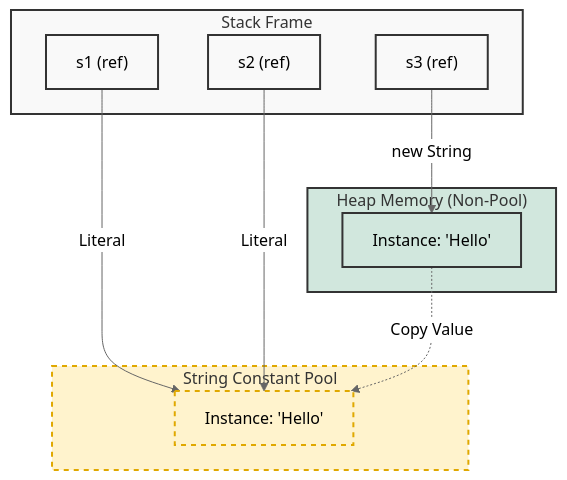
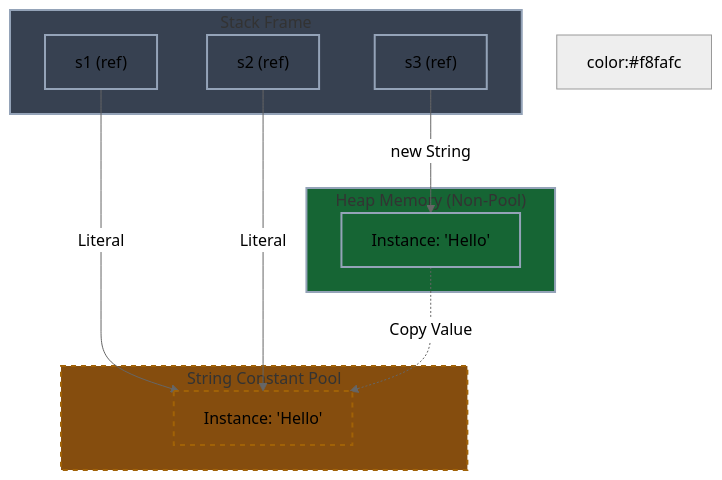
Before and after one commit to Kang-Hyesung/kang-hyesung.github.io: the diagram in _posts/java/09-불변_객체와_String_클래스/2026-01-25-jvm이-문자열을-관리하는-방법.md, drawn with Mermaid (neutral theme). The commit also changed 74 other files, not shown here.

Commit message:
docs: update post visibility and mermaid colors

````diff
--- a/_posts/java/09-불변_객체와_String_클래스/2026-01-25-jvm이-문자열을-관리하는-방법.md
+++ b/_posts/java/09-불변_객체와_String_클래스/2026-01-25-jvm이-문자열을-관리하는-방법.md
@@ -18,36 +18,36 @@
 ```mermaid
 graph TD
     %% 1. 스택 영역 정의
     subgraph Stack_Frame ["Stack Frame"]
         s1["s1 (ref)"]
         s2["s2 (ref)"]
         s3["s3 (ref)"]
     end
 
     %% 2. 힙 영역 (일반) 정의
     subgraph Heap_Memory ["Heap Memory (Non-Pool)"]
         World["Instance: 'Hello'"]
     end
 
     %% 3. 상수 풀 영역 정의 (Heap의 일부지만 분리하여 표현)
     subgraph Constant_Pool ["String Constant Pool"]
         Hello["Instance: 'Hello'"]
     end
 
     %% 관계 연결
     s1 -->|Literal| Hello
     s2 -->|Literal| Hello
     s3 -->|new String| World
     
     %% 중요: new String 생성 시 내부적으로 Pool의 값을 참조함 (점선 표시)
     World -.->|Copy Value| Hello
 
     %% 스타일 정의 (클래스 정의 방식 사용)
-    classDef stackFill fill:#f9f9f9,stroke:#333,stroke-width:2px;
-    classDef heapFill fill:#d1e7dd,stroke:#333,stroke-width:2px;
-    classDef poolFill fill:#fff3cd,stroke:#e0a800,stroke-width:2px,stroke-dasharray: 5 5;
+    classDef stackFill fill:#374151,stroke:#94a3b8,stroke-width:2px;color:#f8fafc;
+    classDef heapFill fill:#166534,stroke:#94a3b8,stroke-width:2px;color:#f8fafc;
+    classDef poolFill fill:#854d0e,stroke:#a16207,stroke-width:2px,stroke-dasharray: 5 5;color:#f8fafc;
 
     class Stack_Frame,s1,s2,s3 stackFill;
     class Heap_Memory,World heapFill;
     class Constant_Pool,Hello poolFill;
 ```
````
